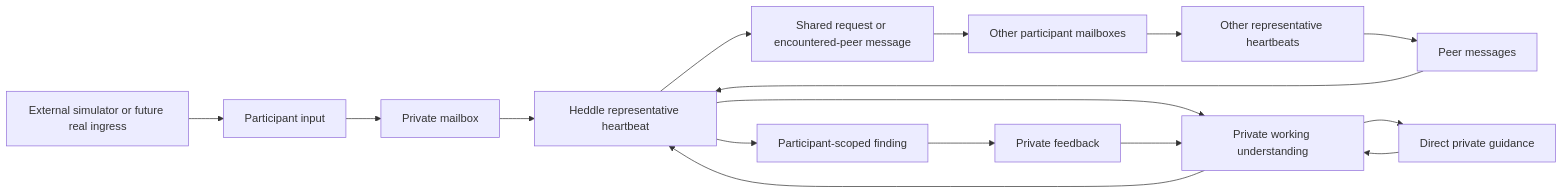
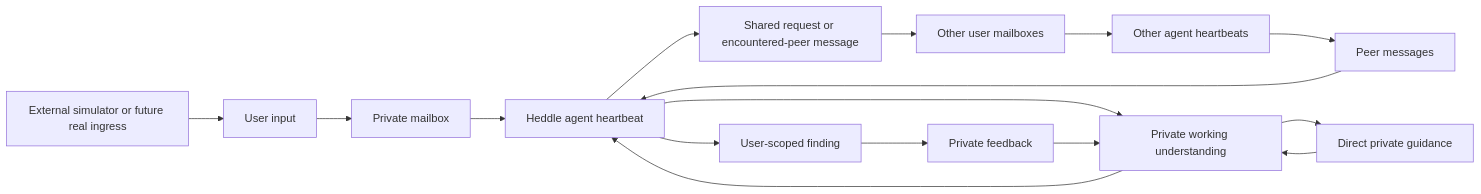
Before and after one commit to roackb2/lucid: the diagram in README.md, drawn with Mermaid. The commit also changed other lines of this file and 117 other files, not shown here.

Commit message:
refactor(domain): use user and agent vocabulary

````diff
--- a/README.md
+++ b/README.md
@@ -46,19 +46,19 @@
 ```mermaid
 flowchart LR
-  I["Participant input"] --> M["Private mailbox"]
-  M --> H["Heddle representative heartbeat"]
+  I["User input"] --> M["Private mailbox"]
+  M --> H["Heddle agent heartbeat"]
   H --> S["Shared request or encountered-peer message"]
-  S --> N["Other participant mailboxes"]
-  N --> H2["Other representative heartbeats"]
+  S --> N["Other user mailboxes"]
+  N --> H2["Other agent heartbeats"]
   H2 --> R["Peer messages"]
   R --> H
   H --> W["Private working understanding"]
   W --> H
-  H --> F["Participant-scoped finding"]
+  H --> F["User-scoped finding"]
   F --> B["Private feedback"]
   B --> W
   W --> G["Direct private guidance"]
   G --> W
 
   X["External simulator or future real ingress"] --> I
 ```
````
